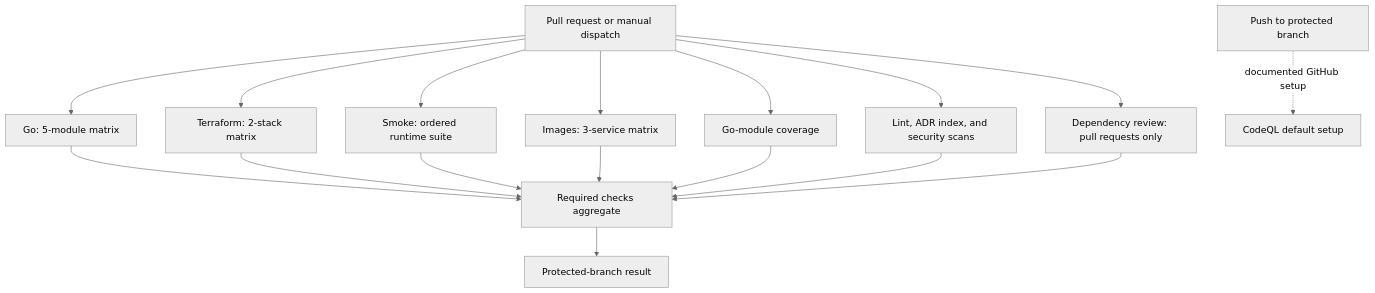
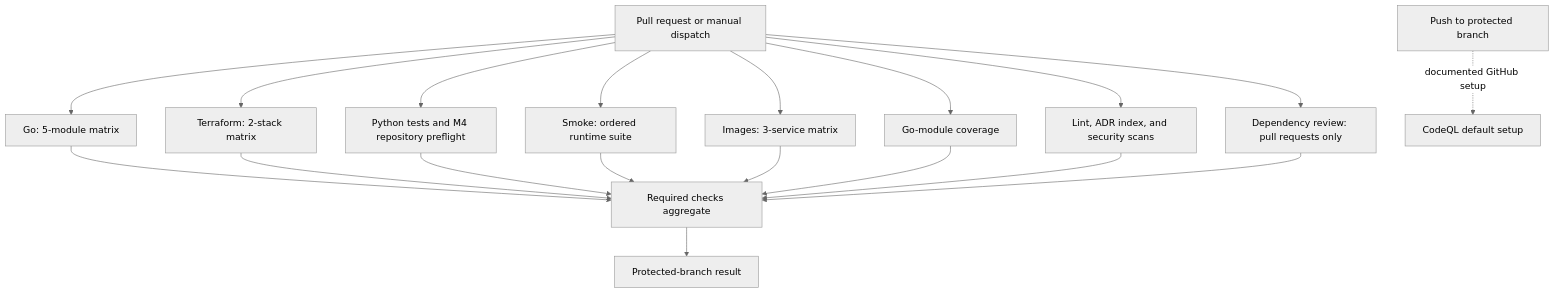
The diagram in docs/repository-file-checks.md (lilabrooks/my-local-platform), drawn with Mermaid (neutral theme) before and after one commit. The commit also changed other lines of this file and 26 other files, not shown here.

````diff
--- a/docs/repository-file-checks.md
+++ b/docs/repository-file-checks.md
@@ -52,22 +52,24 @@
 ```mermaid
 flowchart TD
     event[Pull request or manual dispatch]
     event --> go[Go: 5-module matrix]
     event --> terraform[Terraform: 2-stack matrix]
+    event --> python[Python tests and M4 repository preflight]
     event --> smoke[Smoke: ordered runtime suite]
     event --> image[Images: 3-service matrix]
     event --> modules[Go-module coverage]
     event --> lint[Lint, ADR index, and security scans]
     event --> dependency[Dependency review: pull requests only]
 
     go --> required[Required checks aggregate]
     terraform --> required
+    python --> required
     smoke --> required
     image --> required
     modules --> required
     lint --> required
     dependency --> required
     required --> protection[Protected-branch result]
 
     push[Push to protected branch] -. documented GitHub setup .-> codeql[CodeQL default setup]
 ```
````
